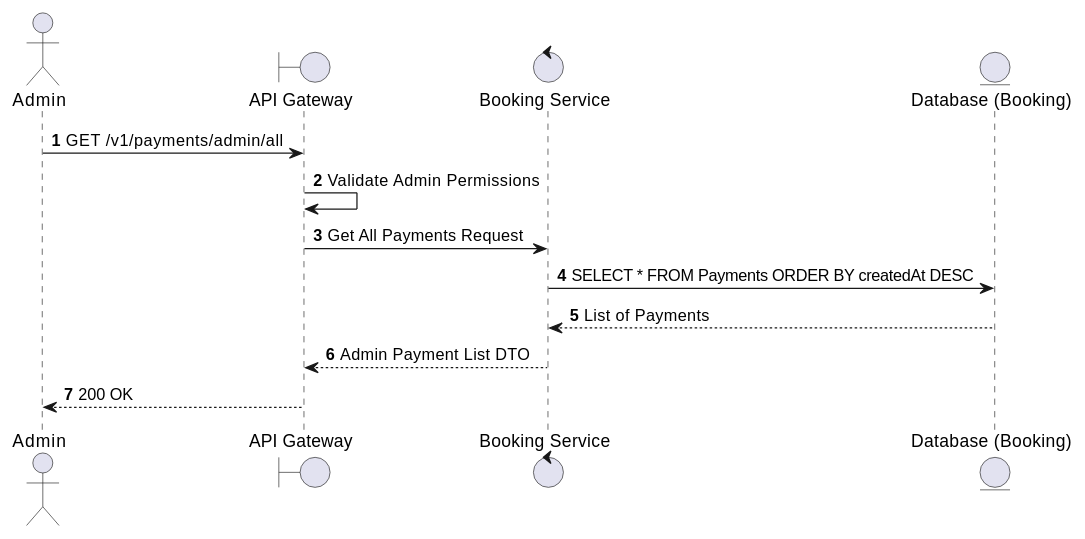
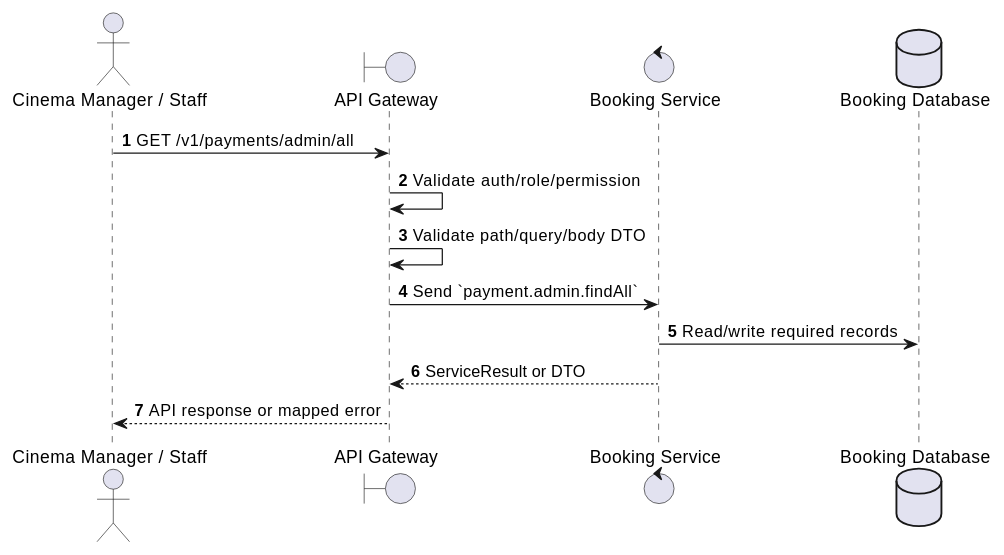
The first of 2 diagrams in docs/functional_specs/3.6_Payment_Transaction_Module/PY-A01_Admin_List_All_Payments.md (Tanh1603/movie-hub-architecture), drawn with PlantUML before and after one commit. The commit also changed other lines of this file and 126 other files, not shown here.

````diff
--- a/docs/functional_specs/3.6_Payment_Transaction_Module/PY-A01_Admin_List_All_Payments.md
+++ b/docs/functional_specs/3.6_Payment_Transaction_Module/PY-A01_Admin_List_All_Payments.md
@@ -17,17 +17,17 @@
 ```plantuml
 @startuml
 autonumber
-actor Admin
+actor "Cinema Manager / Staff" as Actor
 boundary "API Gateway" as GW
-control "Booking Service" as BS
-entity "Database (Booking)" as DB
+control "Booking Service" as SVC
+database "Booking Database" as DB
 
-Admin -> GW: GET /v1/payments/admin/all
-GW -> GW: Validate Admin Permissions
-GW -> BS: Get All Payments Request
-BS -> DB: SELECT * FROM Payments ORDER BY createdAt DESC
-DB --> BS: List of Payments
-BS --> GW: Admin Payment List DTO
-GW --> Admin: 200 OK
+Actor -> GW: GET /v1/payments/admin/all
+GW -> GW: Validate auth/role/permission
+GW -> GW: Validate path/query/body DTO
+GW -> SVC: Send `payment.admin.findAll`
+SVC -> DB: Read/write required records
+SVC --> GW: ServiceResult or DTO
+GW --> Actor: API response or mapped error
 @enduml
 ```
````
